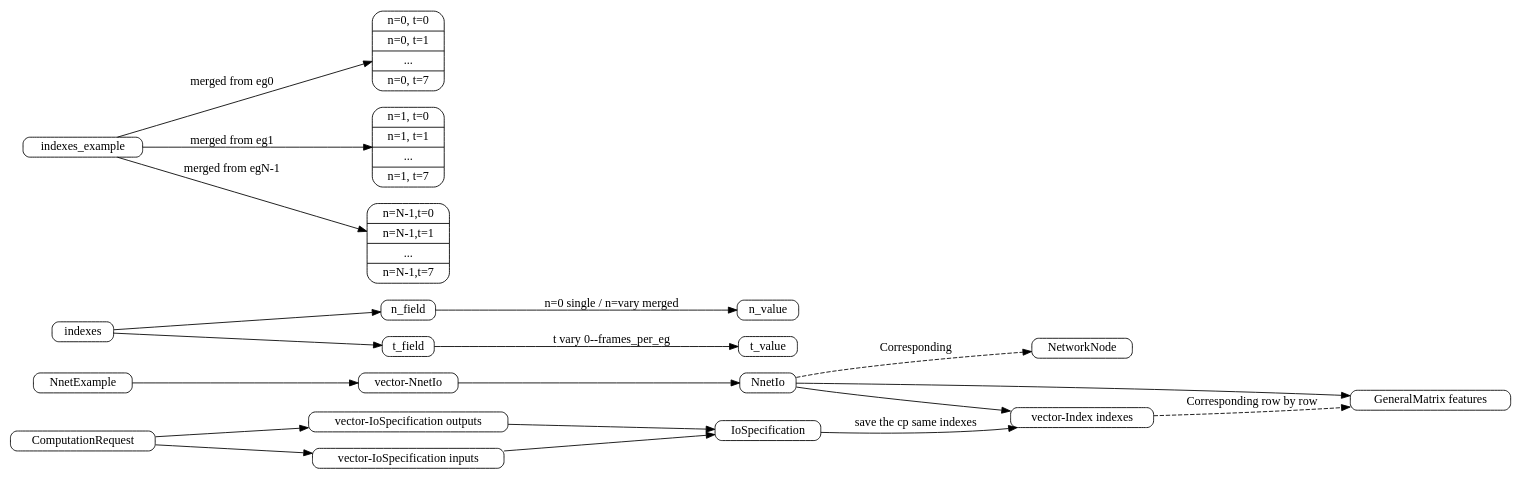
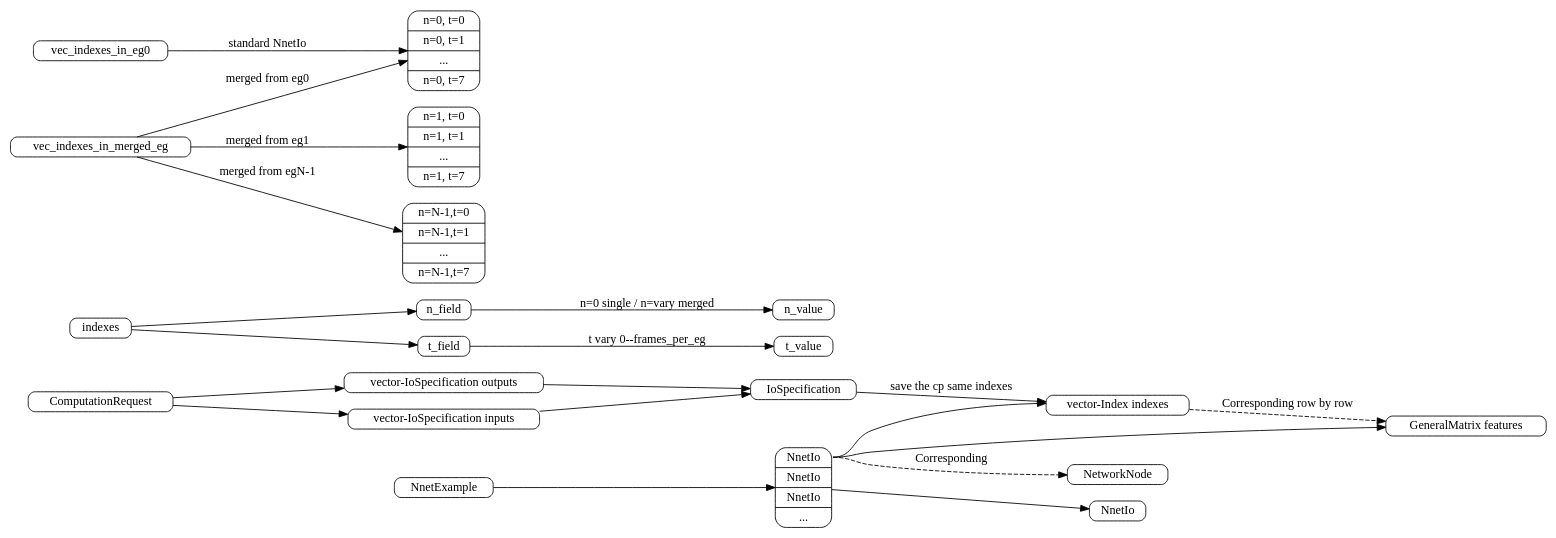
Before and after one commit to Nisoka/kaldi-orgs: the diagram in others/dot-graph/request-NnetIo.dot, drawn with Graphviz. The commit also changed other lines of this file and 2 other files, not shown here.

```diff
--- a/others/dot-graph/request-NnetIo.dot
+++ b/others/dot-graph/request-NnetIo.dot
@@ -1,43 +1,44 @@
 digraph ComputationGraph{
         rankdir = LR
         node[shape=Mrecord, width=.1, height=.1]
 
         NnetExample -> vec_NnetIo -> NnetIo
-        vec_NnetIo[label="vector-NnetIo"]
+        vec_NnetIo[label="<1>NnetIo | NnetIo | NnetIo |..."]
 
 
 
-        NnetIo -> features
-        NnetIo -> indexes
+        vec_NnetIo:1 -> features
+        vec_NnetIo:1 -> indexes
         features[label="GeneralMatrix features"]
         indexes[label="vector-Index indexes"]
         indexes -> features[style=dashed, label="Corresponding row by row"]
 
-        NnetIo -> NetworkNode[label="Corresponding",style=dashed]
+        vec_NnetIo:1 -> NetworkNode[label="Corresponding",style=dashed]
 
 
         ComputationRequest -> inputs -> IoSpecification
         ComputationRequest -> outputs -> IoSpecification
 
         inputs[label="vector-IoSpecification inputs"]
         outputs[label="vector-IoSpecification outputs"]
 
 
         IoSpecification -> indexes[label="save the cp same indexes"]
 
         indexes_2 -> n_field
         indexes_2 -> t_field
 
         indexes_2[label="indexes"]
         
         n_field -> n_value[label="n=0 single / n=vary merged"]
         t_field -> t_value[label="t vary 0--frames_per_eg "]
 
-        indexes_example -> matrix_eg0[label="merged from eg0"]
-        indexes_example -> matrix_eg1[label="merged from eg1"]       
-        indexes_example -> matrix_eg2[label="merged from egN-1"]
+        vec_indexes_in_merged_eg -> matrix_eg0[label="merged from eg0"]
+        vec_indexes_in_merged_eg -> matrix_eg1[label="merged from eg1"]       
+        vec_indexes_in_merged_eg -> matrix_eg2[label="merged from egN-1"]
         matrix_eg0[label="n=0, t=0 | n=0, t=1 |... | n=0, t=7"]
         matrix_eg1[label="n=1, t=0 | n=1, t=1 |... | n=1, t=7"]
         matrix_eg2[label="n=N-1,t=0 | n=N-1,t=1 |... | n=N-1,t=7"]
-        
+
+        vec_indexes_in_eg0 -> matrix_eg0[label="standard NnetIo"]
 }
```
